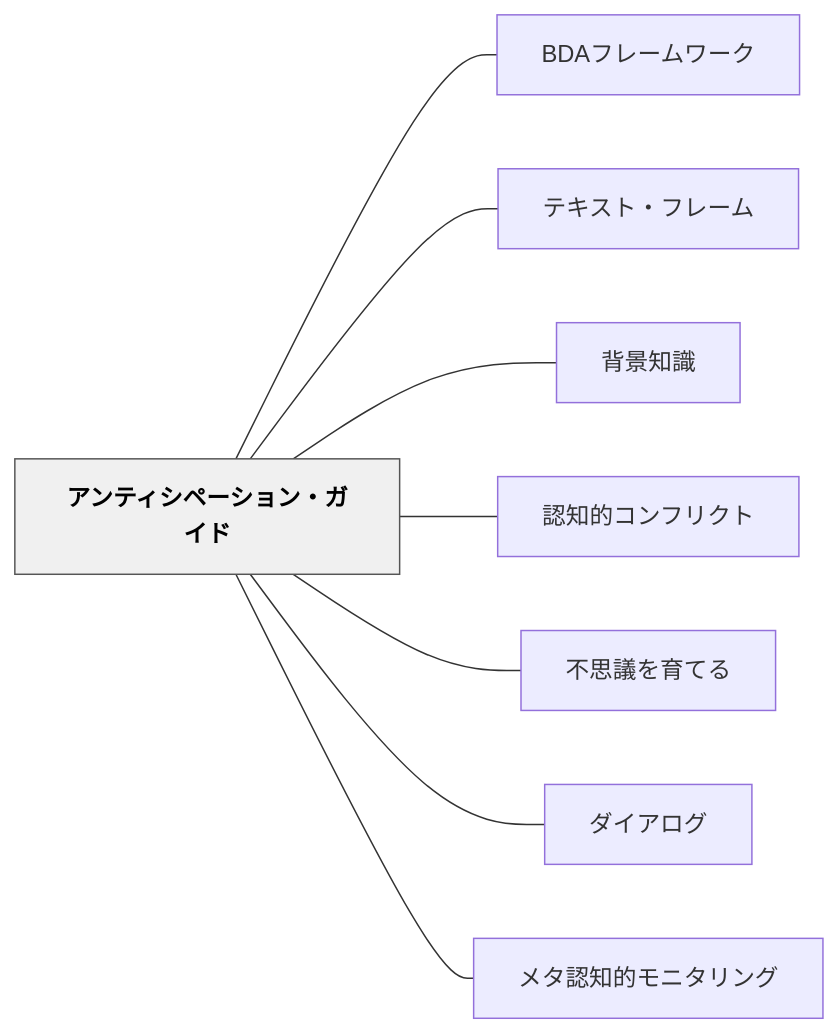
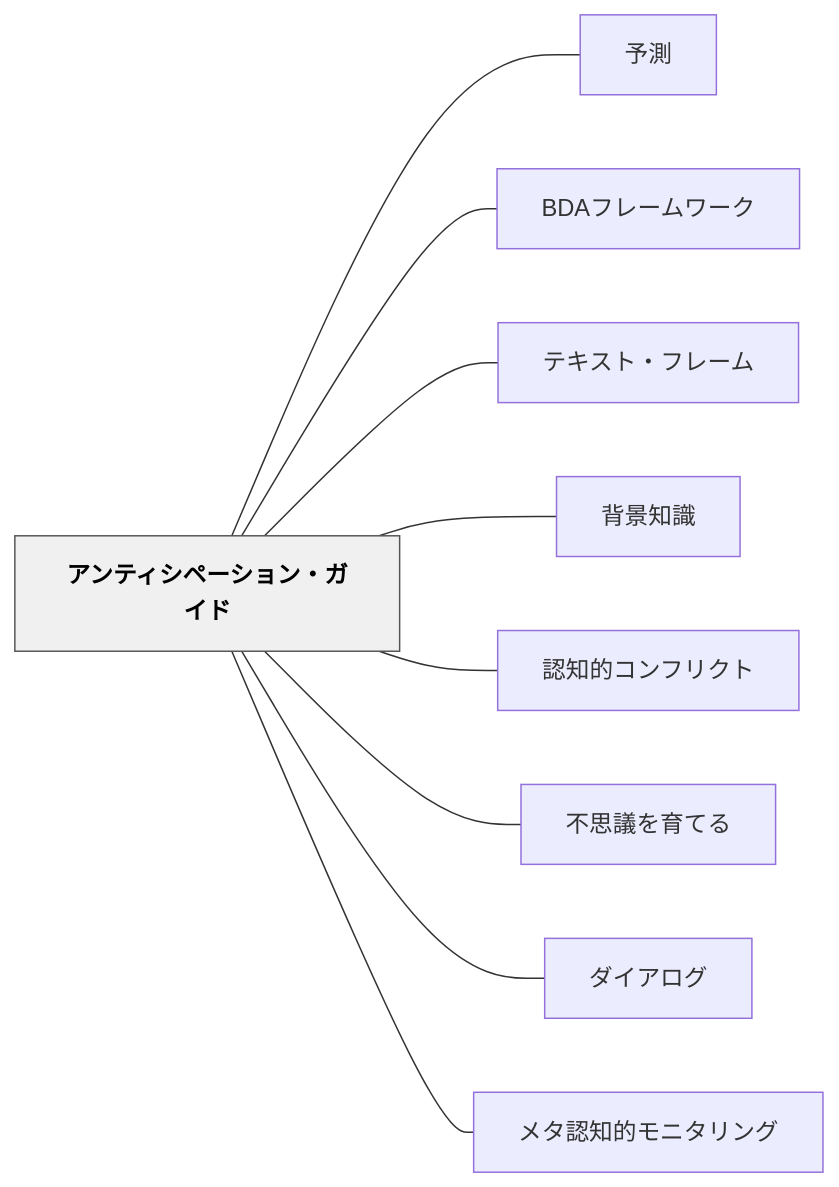
Before and after one commit to unknownthings-ed-patterns/unknownthings-ed-patterns: the diagram in content/パタン/アンティシペーション・ガイド.md, drawn with Mermaid. The commit also changed other lines of this file and 473 other files, not shown here.

````diff
--- a/content/パタン/アンティシペーション・ガイド.md
+++ b/content/パタン/アンティシペーション・ガイド.md
@@ -142,22 +143,24 @@
 ```mermaid
 flowchart LR
     ne382a2e383b3["アンティシペーション・ガイド"]
+    ne4ba88e6b8ac["予測"]
     n424441e38395["BDAフレームワーク"]
     ne38386e382ad["テキスト・フレーム"]
     ne8838ce699af["背景知識"]
     ne8aa8de79fa5["認知的コンフリクト"]
     ne4b88de6809d["不思議を育てる"]
     ne38380e382a4["ダイアログ"]
     ne383a1e382bf["メタ認知的モニタリング"]
 
+    ne382a2e383b3 --- ne4ba88e6b8ac
     ne382a2e383b3 --- n424441e38395
     ne382a2e383b3 --- ne38386e382ad
     ne382a2e383b3 --- ne8838ce699af
     ne382a2e383b3 --- ne8aa8de79fa5
     ne382a2e383b3 --- ne4b88de6809d
     ne382a2e383b3 --- ne38380e382a4
     ne382a2e383b3 --- ne383a1e382bf
 
     classDef hub fill:#f0f0f0,stroke:#555,color:#000,font-weight:bold
     class ne382a2e383b3 hub
 ```
````
